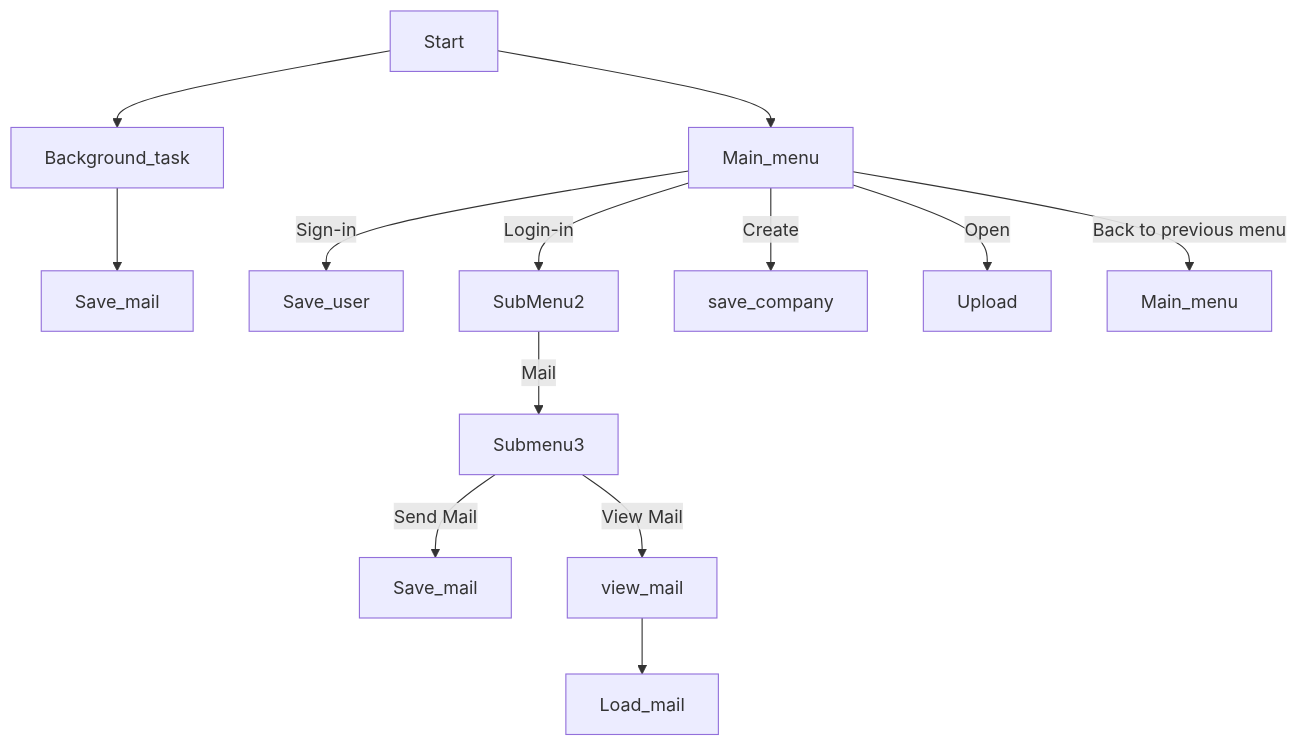
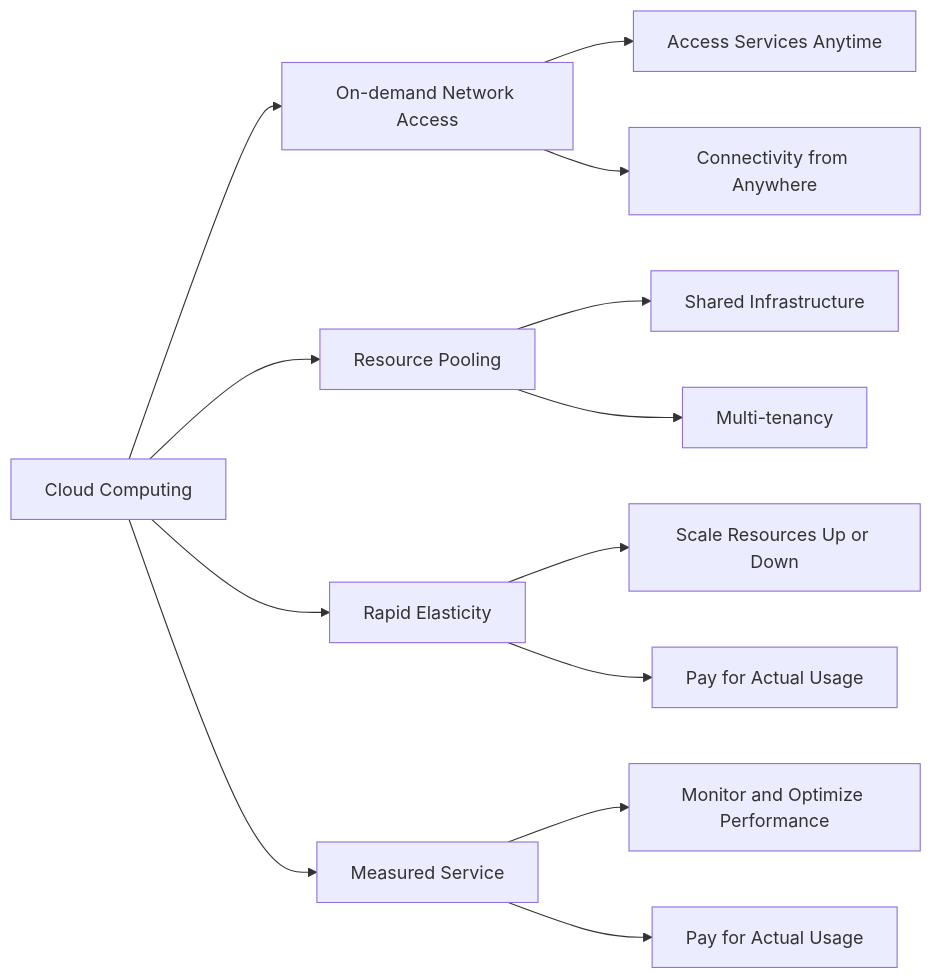
The diagram in flowchart2.md (SivaaB/File_Leak_Detection), drawn with Mermaid before and after one commit.

````diff
--- a/flowchart2.md
+++ b/flowchart2.md
@@ -1,19 +1,15 @@
 ```mermaid
- graph TD;
-    A[Start] --> B[Background_task]
-    B --> M[Save_mail]
-    A --> C[Main_menu]
-    
-    
-    C -->|Sign-in| D[Save_user]
-    C -->|Login-in| E[SubMenu2]
-    
-    E -->|Mail| F[Submenu3]
-    F -->|Send Mail| G[Save_mail]
-    F -->|View Mail| H[view_mail]
-    H --> I[Load_mail]
-    
-    C -->|Create| J[save_company]
-    C -->|Open| K[Upload]
-    C -->|Back to previous menu| L[Main_menu]
+graph LR
+A[Cloud Computing] --> B[On-demand Network Access]
+A --> C[Resource Pooling]
+A --> D[Rapid Elasticity]
+A --> E[Measured Service]
+B --> F[Access Services Anytime]
+B --> G[Connectivity from Anywhere]
+C --> H[Shared Infrastructure]
+C --> I[Multi-tenancy]
+D --> J[Scale Resources Up or Down]
+D --> K[Pay for Actual Usage]
+E --> L[Monitor and Optimize Performance]
+E --> M[Pay for Actual Usage]
  ```
````
